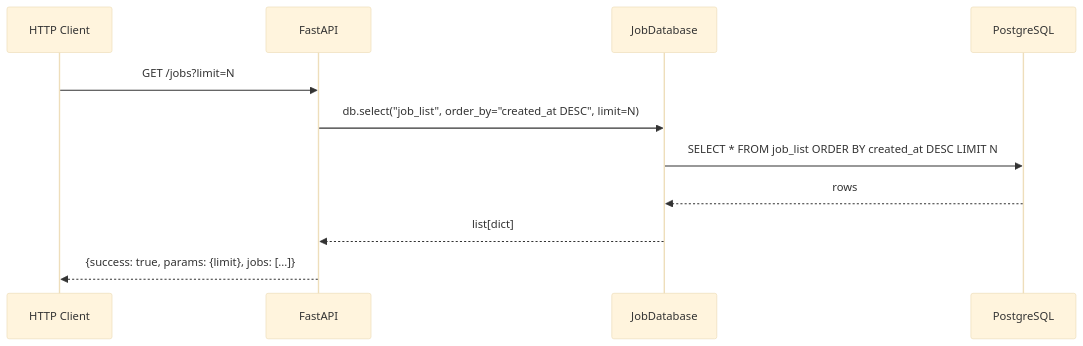
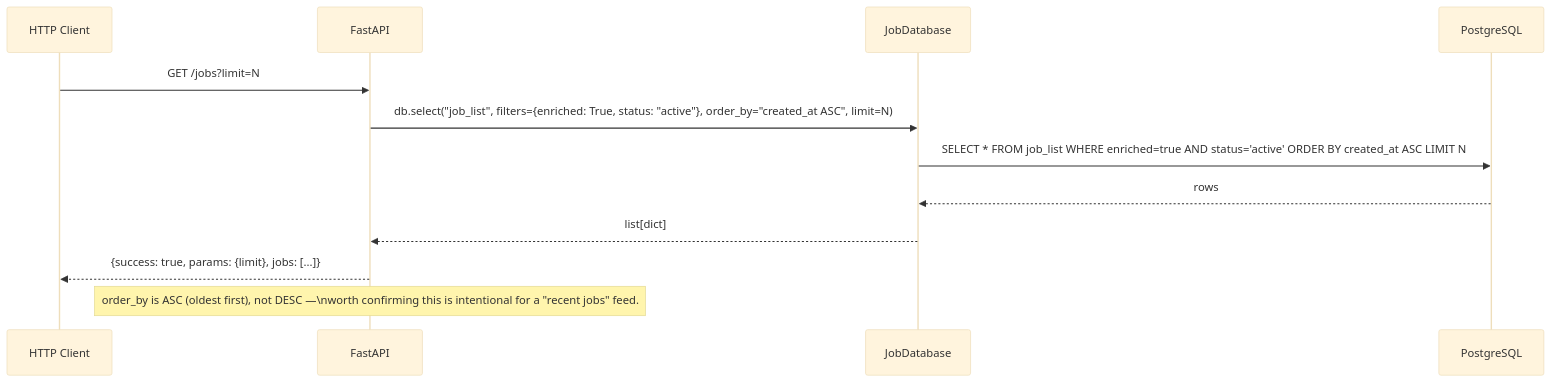
The second of 6 diagrams in docs/diagrams/main_api_seq.md (AustinDwomoh/libra), drawn with Mermaid (base theme) before and after one commit. The commit also changed other lines of this file and 26 other files, not shown here.

````diff
--- a/docs/diagrams/main_api_seq.md
+++ b/docs/diagrams/main_api_seq.md
@@ -22,15 +22,16 @@
 ```mermaid
 %% sequenceDiagram — GET /jobs (all jobs, optional limit)
 sequenceDiagram
     participant Client as HTTP Client
     participant App as FastAPI
     participant DB as JobDatabase
     participant PG as PostgreSQL
 
     Client->>App: GET /jobs?limit=N
-    App->>DB: db.select("job_list", order_by="created_at DESC", limit=N)
-    DB->>PG: SELECT * FROM job_list ORDER BY created_at DESC LIMIT N
+    App->>DB: db.select("job_list", filters={enriched: True, status: "active"}, order_by="created_at ASC", limit=N)
+    DB->>PG: SELECT * FROM job_list WHERE enriched=true AND status='active' ORDER BY created_at ASC LIMIT N
     PG-->>DB: rows
     DB-->>App: list[dict]
     App-->>Client: {success: true, params: {limit}, jobs: [...]}
+    Note over App: order_by is ASC (oldest first), not DESC —\nworth confirming this is intentional for a "recent jobs" feed.
 ```
````
